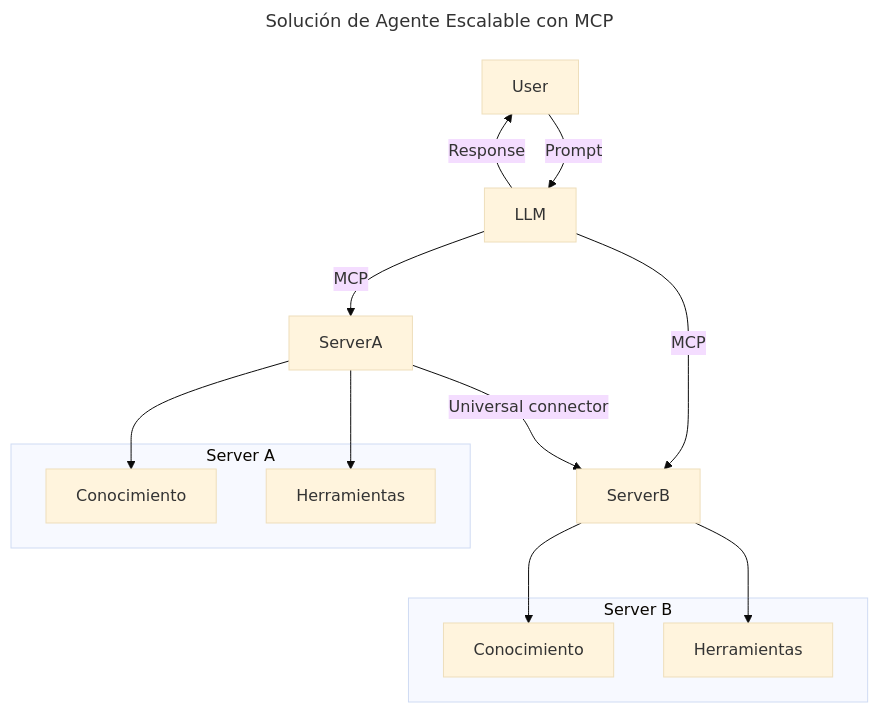
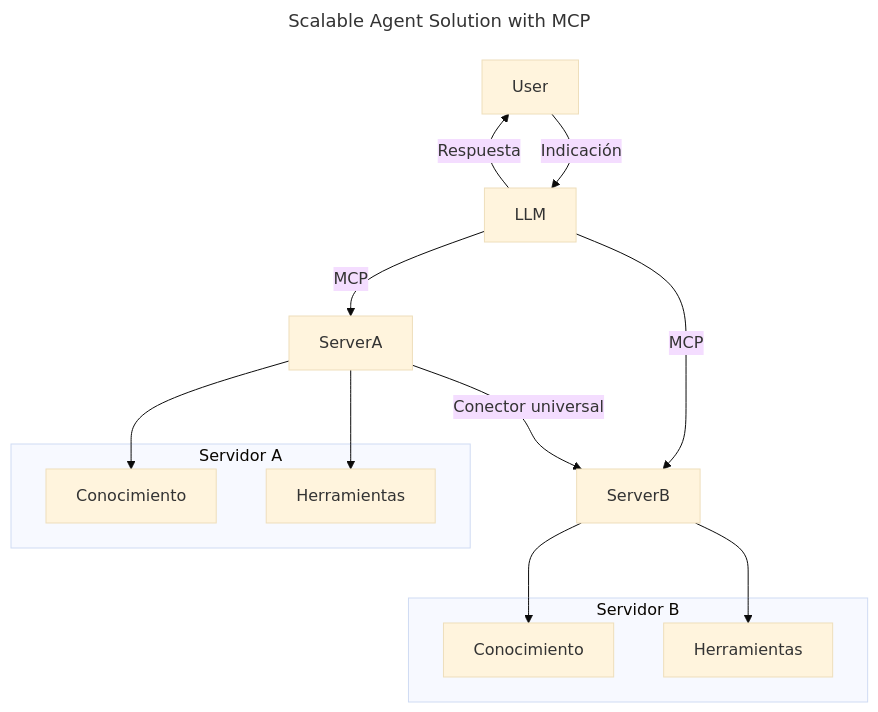
The second of 3 diagrams in mcp_ecosystem__model_context_protocol/mcp_learning_resources/mcp-for-beginners/translations/es/00-Introduction/README.md (HIDORAKAI002/ai-workspace-archive), drawn with Mermaid (base theme) before and after one commit. The commit also changed other lines of this file and 4877 other files, not shown here.

Commit message:
chore(sync): update MCP Python SDK, MCP TypeScript SDK, MCP Inspector, Supabase MCP, Kubernetes MCP Server, Git MCP, Exa MCP Server, MCP Agent, +55 more

````diff
--- a/mcp_ecosystem__model_context_protocol/mcp_learning_resources/mcp-for-beginners/translations/es/00-Introduction/README.md
+++ b/mcp_ecosystem__model_context_protocol/mcp_learning_resources/mcp-for-beginners/translations/es/00-Introduction/README.md
@@ -193,26 +194,26 @@
 ```mermaid
 ---
-title: Solución de Agente Escalable con MCP
-description: Un diagrama que ilustra cómo un usuario interactúa con un LLM que se conecta a múltiples servidores MCP, con cada servidor proporcionando tanto conocimiento como herramientas, creando una arquitectura de sistema de IA escalable
+title: Scalable Agent Solution with MCP
+description: A diagram illustrating how a user interacts with an LLM that connects to multiple MCP servers, with each server providing both knowledge and tools, creating a scalable AI system architecture
 ---
 graph TD
-    User -->|Prompt| LLM
-    LLM -->|Response| User
+    User -->|Indicación| LLM
+    LLM -->|Respuesta| User
     LLM -->|MCP| ServerA
     LLM -->|MCP| ServerB
-    ServerA -->|Universal connector| ServerB
+    ServerA -->|Conector universal| ServerB
     ServerA --> KnowledgeA
     ServerA --> ToolsA
     ServerB --> KnowledgeB
     ServerB --> ToolsB
 
-    subgraph Server A
+    subgraph Servidor A
         KnowledgeA[Conocimiento]
         ToolsA[Herramientas]
     end
 
-    subgraph Server B
+    subgraph Servidor B
         KnowledgeB[Conocimiento]
         ToolsB[Herramientas]
     end
 ```
````
